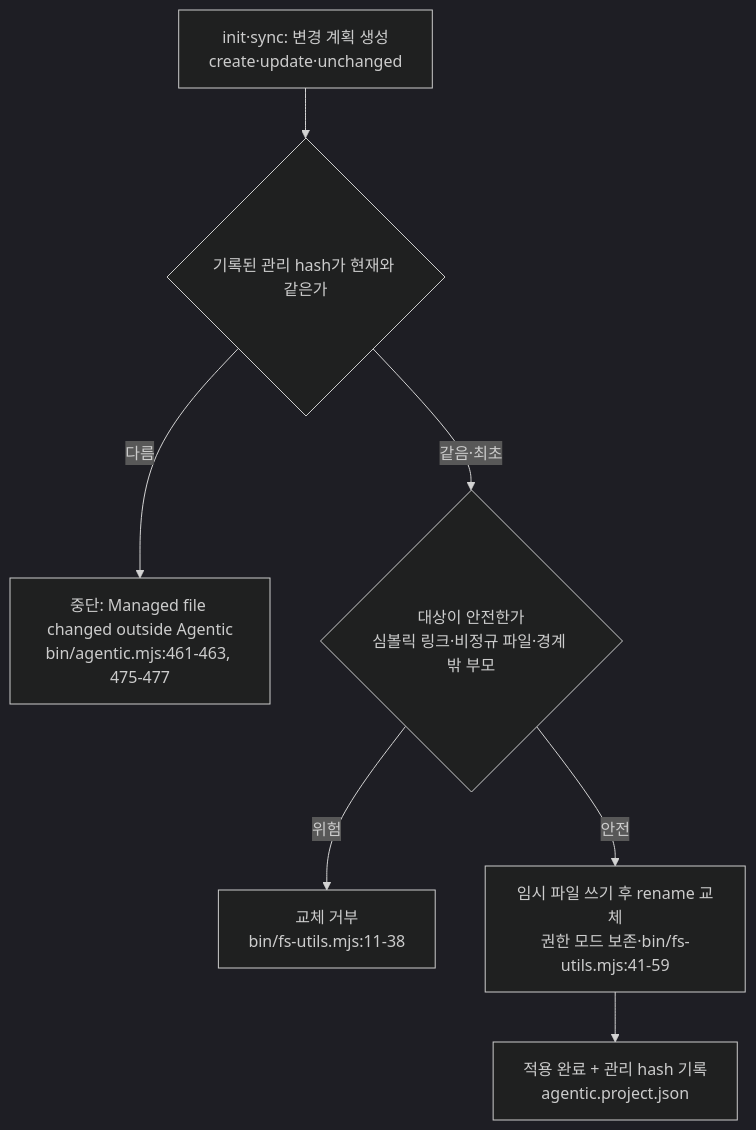
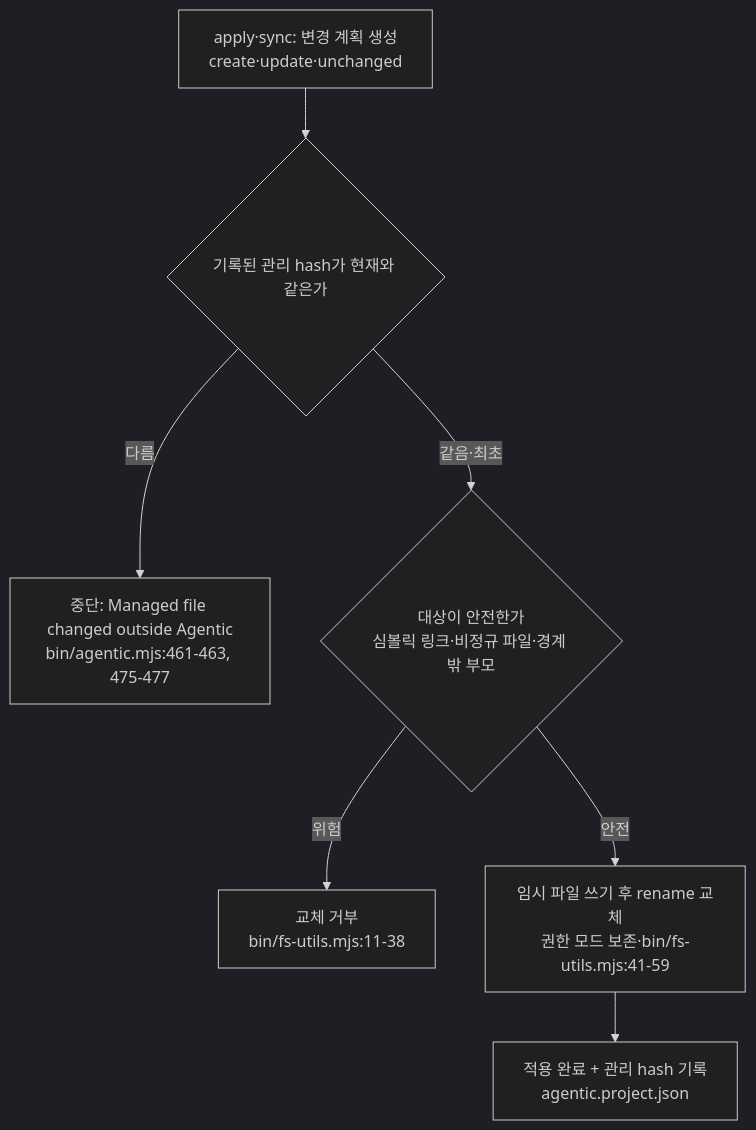
The third of 5 diagrams in docs/implementation-principles.md (IsthisLee/agent-context-manager), drawn with Mermaid (dark theme) before and after one commit. The commit also changed other lines of this file and 40 other files, not shown here.

First line of the commit message:
feat!: Core를 Guidance Profile로 개명하고 profile apply/sync 분리

````diff
--- a/docs/implementation-principles.md
+++ b/docs/implementation-principles.md
@@ -387,9 +387,9 @@
 ```mermaid
 flowchart TD
-  P["init·sync: 변경 계획 생성<br/>create·update·unchanged"] --> H{"기록된 관리 hash가 현재와 같은가"}
+  P["apply·sync: 변경 계획 생성<br/>create·update·unchanged"] --> H{"기록된 관리 hash가 현재와 같은가"}
   H -->|"다름"| STOP["중단: Managed file changed outside Agentic<br/>bin/agentic.mjs:461-463, 475-477"]
   H -->|"같음·최초"| SAFE{"대상이 안전한가<br/>심볼릭 링크·비정규 파일·경계 밖 부모"}
   SAFE -->|"위험"| REFUSE["교체 거부<br/>bin/fs-utils.mjs:11-38"]
   SAFE -->|"안전"| ATOM["임시 파일 쓰기 후 rename 교체<br/>권한 모드 보존·bin/fs-utils.mjs:41-59"]
   ATOM --> DONE["적용 완료 + 관리 hash 기록<br/>agentic.project.json"]
 ```
````
